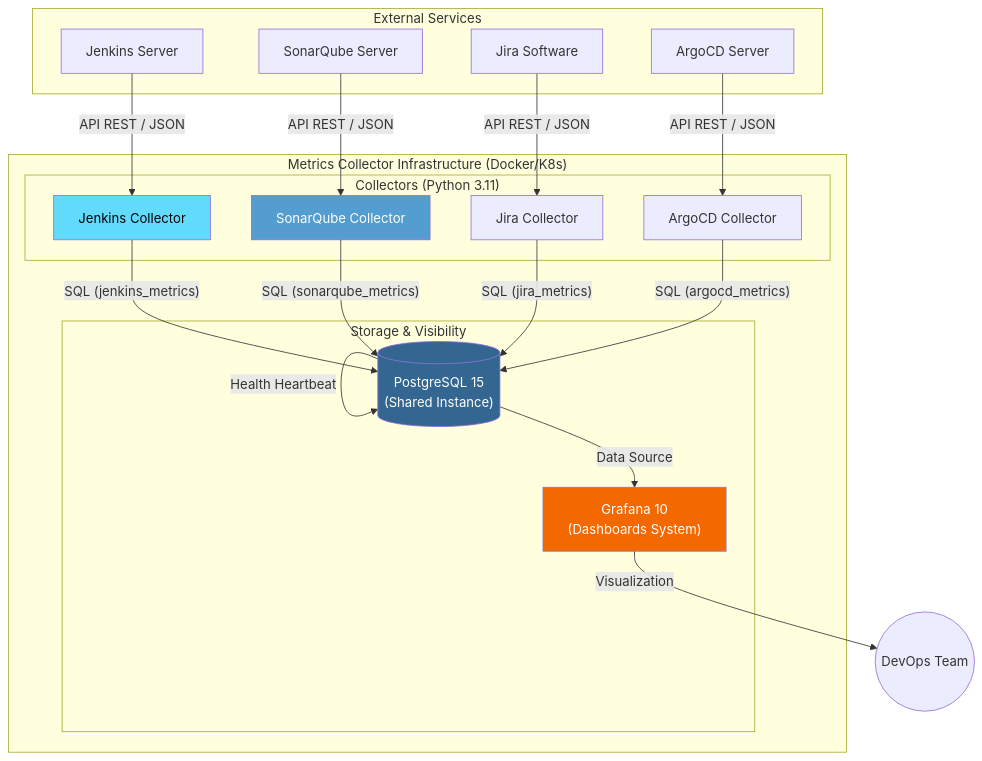
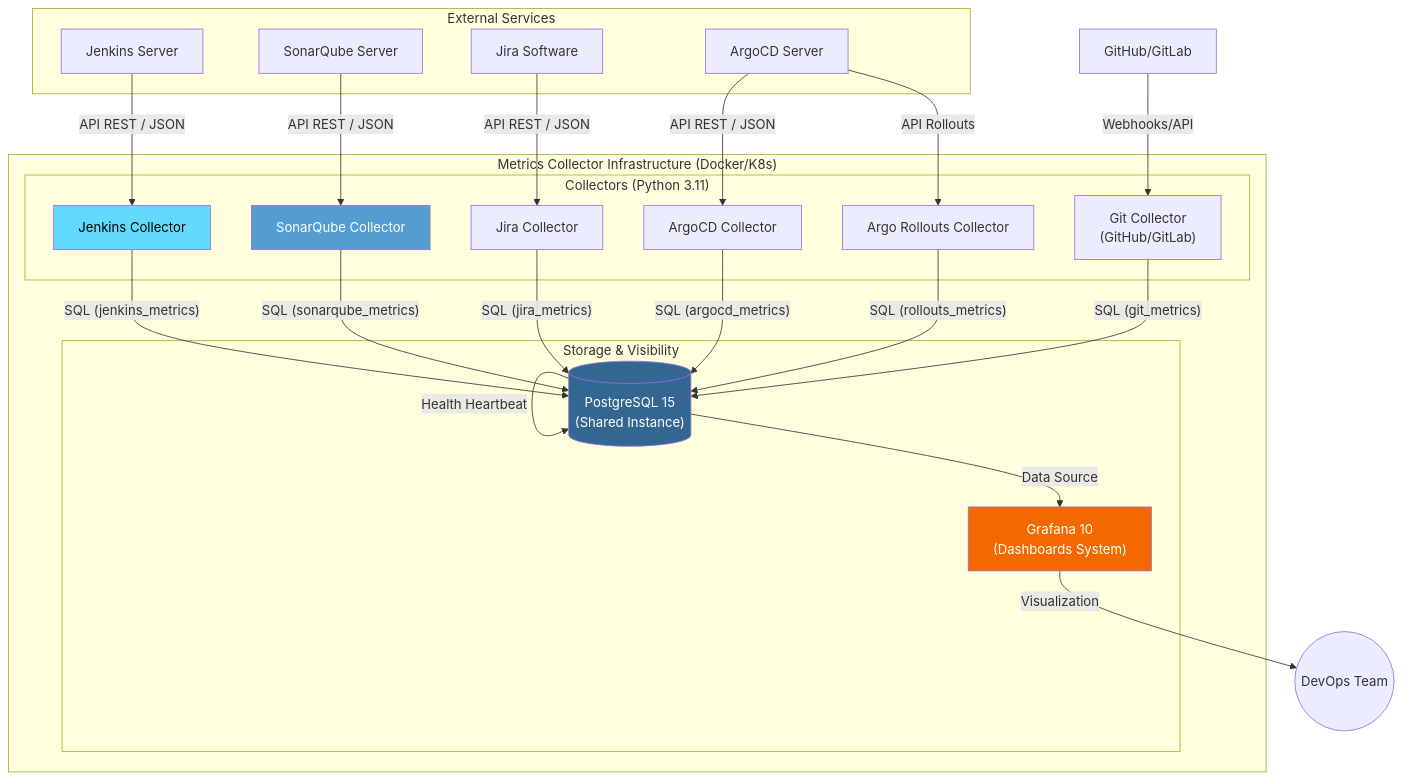
The diagram in ARCHITECTURE.md (grs89/Metrics_Collector), drawn with Mermaid before and after one commit. The commit also changed 15 other files, not shown here.

````diff
--- a/ARCHITECTURE.md
+++ b/ARCHITECTURE.md
@@ -11,43 +11,49 @@
 ```mermaid
 graph TD
     subgraph "External Services"
         Jenkins["Jenkins Server"]
         Sonar["SonarQube Server"]
         Jira["Jira Software"]
         Argo["ArgoCD Server"]
     end
 
     subgraph "Metrics Collector Infrastructure (Docker/K8s)"
         subgraph "Collectors (Python 3.11)"
             JC["Jenkins Collector"]
             SC["SonarQube Collector"]
             JRC["Jira Collector"]
             AC["ArgoCD Collector"]
+            ARC["Argo Rollouts Collector"]
+            GC["Git Collector<br/>(GitHub/GitLab)"]
         end
 
         subgraph "Storage & Visibility"
             DB[("PostgreSQL 15<br/>(Shared Instance)")]
             GF["Grafana 10<br/>(Dashboards System)"]
         end
     end
 
     %% Flow
     Jenkins -->|"API REST / JSON"| JC
     Sonar -->|"API REST / JSON"| SC
     Jira -->|"API REST / JSON"| JRC
     Argo -->|"API REST / JSON"| AC
+    Argo -->|"API Rollouts"| ARC
+    GitHub["GitHub/GitLab"] -->|"Webhooks/API"| GC
     
     JC -->|"SQL (jenkins_metrics)"| DB
     SC -->|"SQL (sonarqube_metrics)"| DB
     JRC -->|"SQL (jira_metrics)"| DB
     AC -->|"SQL (argocd_metrics)"| DB
+    ARC -->|"SQL (rollouts_metrics)"| DB
+    GC -->|"SQL (git_metrics)"| DB
     
     DB -->|"Health Heartbeat"| DB
     DB -->|"Data Source"| GF
     GF -->|"Visualization"| User((DevOps Team))
 
     style DB fill:#336791,color:#fff
     style GF fill:#F46800,color:#fff
     style JC fill:#61dafb,color:#000
     style SC fill:#549dd0,color:#fff
 ```
````
